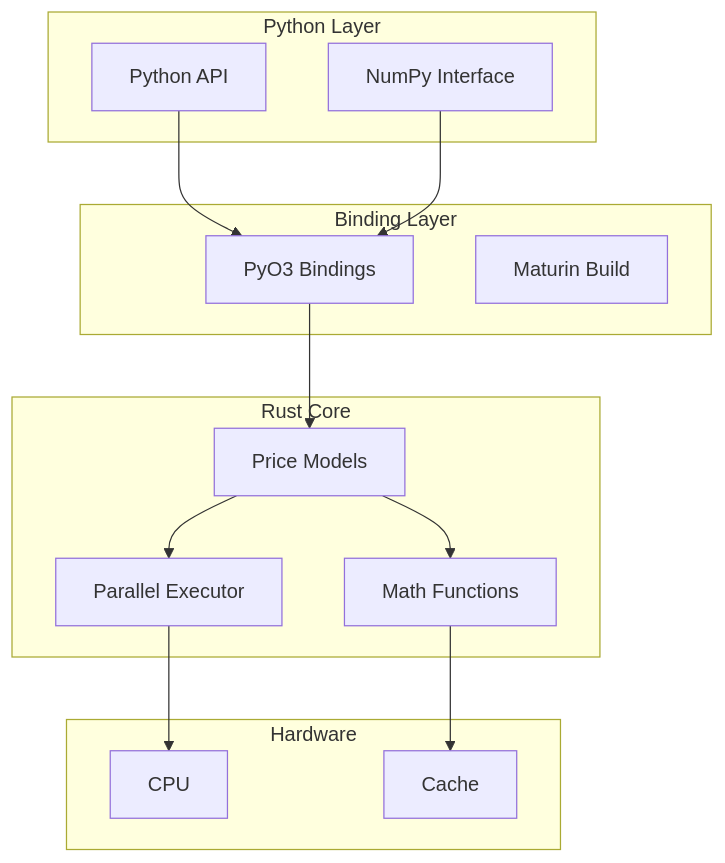
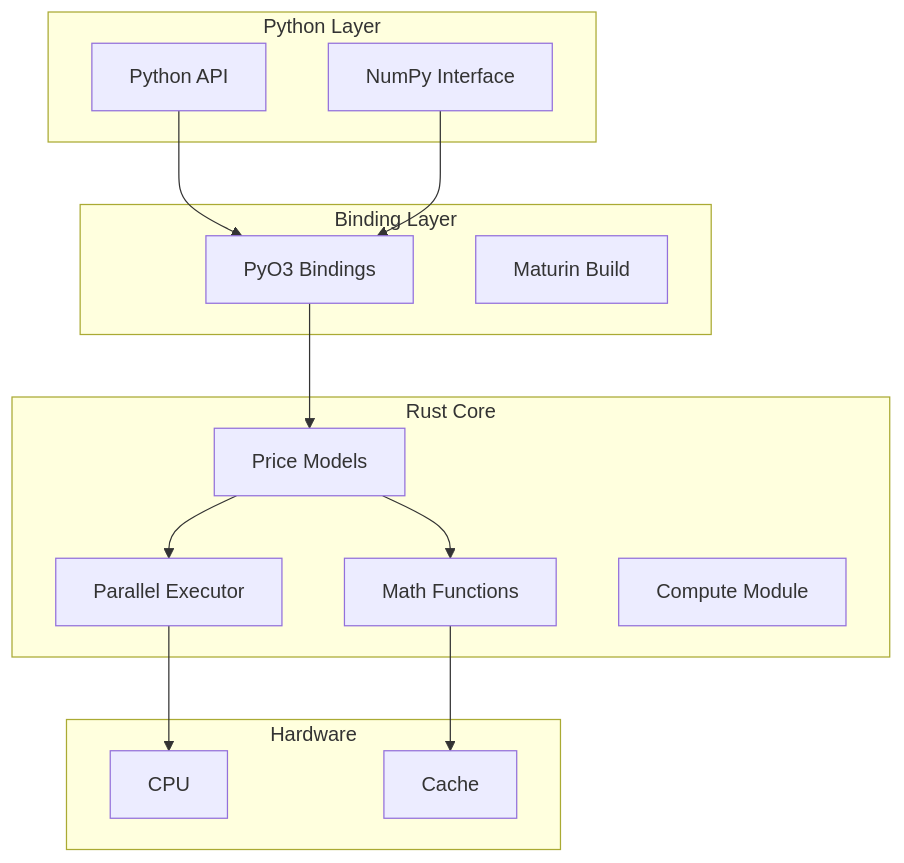
One commit to drillan/quantforge changed the diagram in docs/en/development/architecture.md. Above: the diagram before and after it, drawn with Mermaid. The commit also changed other lines of this file and 6 other files, not shown here.

````diff
--- a/docs/en/development/architecture.md
+++ b/docs/en/development/architecture.md
@@ -7,31 +7,32 @@
 ```{mermaid}
 graph TB
     subgraph "Python Layer"
         PY[Python API]
         NP[NumPy Interface]
     end
     
     subgraph "Binding Layer"
         PYO3[PyO3 Bindings]
         MAT[Maturin Build]
     end
     
     subgraph "Rust Core"
         MODELS[Price Models]
         PARALLEL[Parallel Executor]
         MATH[Math Functions]
+        COMPUTE[Compute Module]
     end
     
     subgraph "Hardware"
         CPU[CPU]
         CACHE[Cache]
     end
     
     PY --> PYO3
     NP --> PYO3
     PYO3 --> MODELS
     MODELS --> PARALLEL
     MODELS --> MATH
     PARALLEL --> CPU
     MATH --> CACHE
 ```
````
